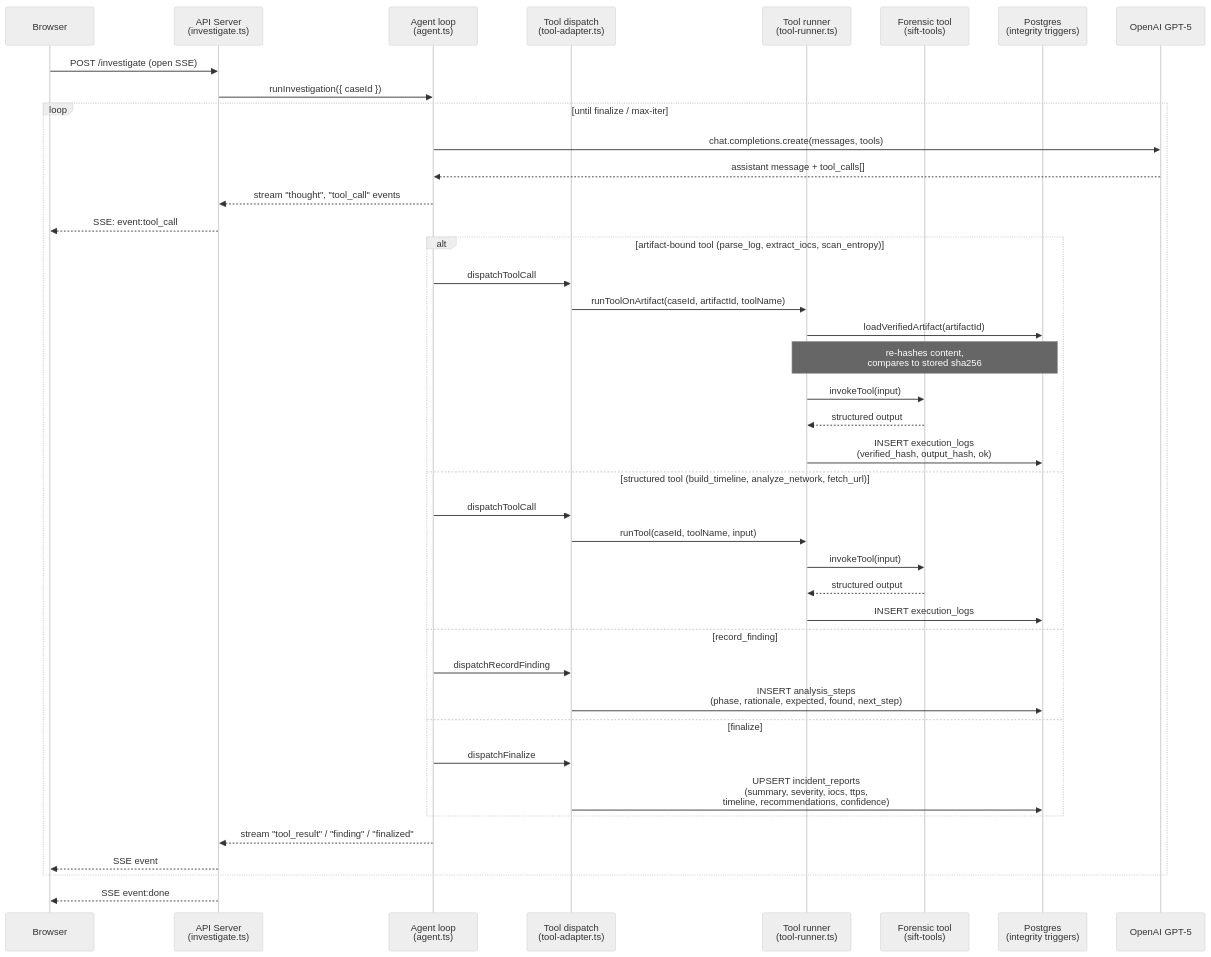
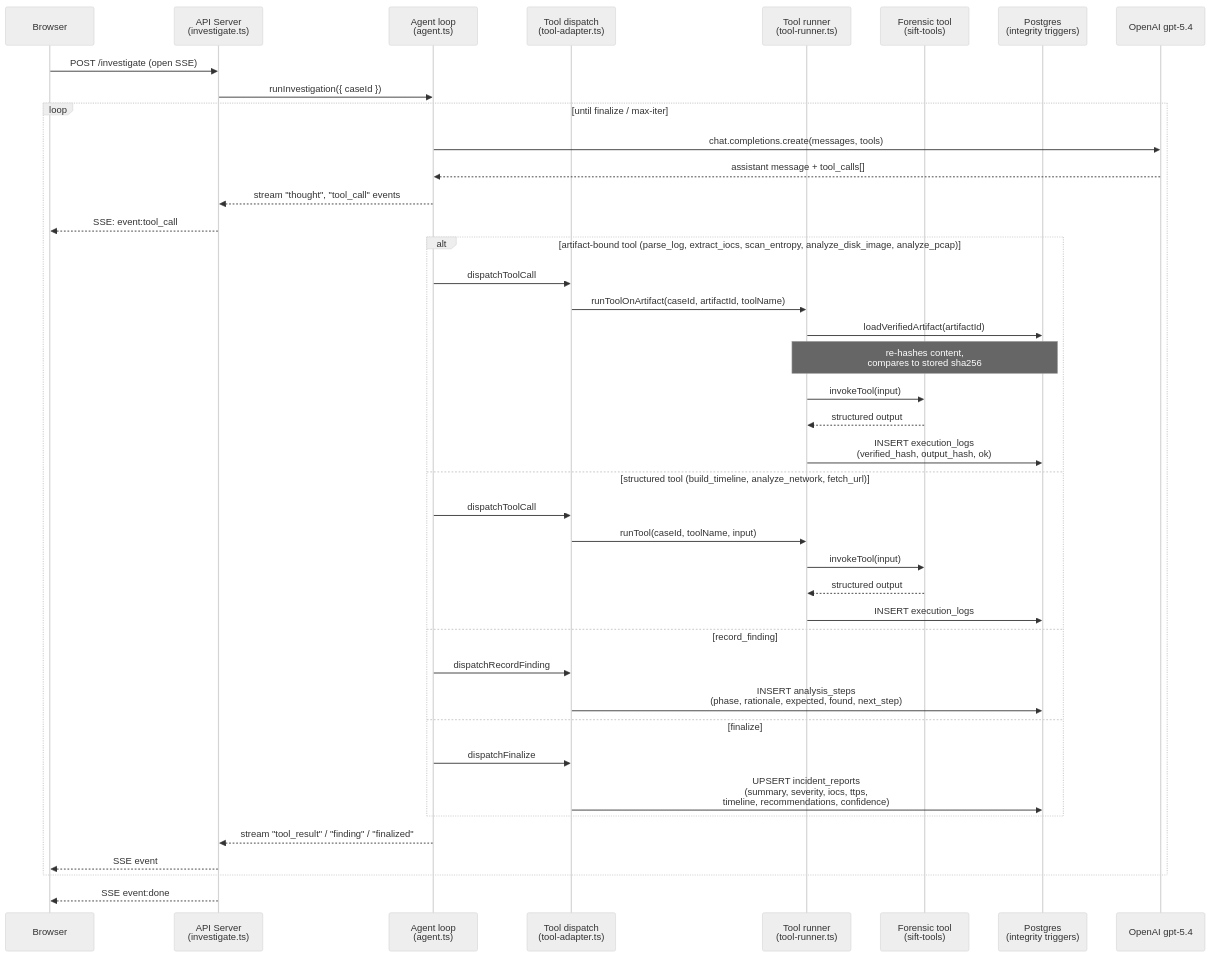
One commit to jalilel1913/Casefile changed the second of 3 diagrams in docs/architecture.md. Above: the diagram before and after it, drawn with Mermaid (neutral theme). The commit also changed other lines of this file and 15 other files, not shown here.

````diff
--- a/docs/architecture.md
+++ b/docs/architecture.md
@@ -47,47 +68,47 @@
 ```mermaid
 sequenceDiagram
     participant U as Browser
     participant A as API Server<br/>(investigate.ts)
     participant G as Agent loop<br/>(agent.ts)
     participant D as Tool dispatch<br/>(tool-adapter.ts)
     participant R as Tool runner<br/>(tool-runner.ts)
     participant T as Forensic tool<br/>(sift-tools)
     participant DB as Postgres<br/>(integrity triggers)
-    participant L as OpenAI GPT-5
+    participant L as OpenAI gpt-5.4
 
     U->>A: POST /investigate (open SSE)
     A->>G: runInvestigation({ caseId })
     loop until finalize / max-iter
         G->>L: chat.completions.create(messages, tools)
         L-->>G: assistant message + tool_calls[]
         G-->>A: stream "thought", "tool_call" events
         A-->>U: SSE: event:tool_call
 
-        alt artifact-bound tool (parse_log, extract_iocs, scan_entropy)
+        alt artifact-bound tool (parse_log, extract_iocs, scan_entropy, analyze_disk_image, analyze_pcap)
             G->>D: dispatchToolCall
             D->>R: runToolOnArtifact(caseId, artifactId, toolName)
             R->>DB: loadVerifiedArtifact(artifactId)
             Note over R,DB: re-hashes content,<br/>compares to stored sha256
             R->>T: invokeTool(input)
             T-->>R: structured output
             R->>DB: INSERT execution_logs<br/>(verified_hash, output_hash, ok)
         else structured tool (build_timeline, analyze_network, fetch_url)
             G->>D: dispatchToolCall
             D->>R: runTool(caseId, toolName, input)
             R->>T: invokeTool(input)
             T-->>R: structured output
             R->>DB: INSERT execution_logs
         else record_finding
             G->>D: dispatchRecordFinding
             D->>DB: INSERT analysis_steps<br/>(phase, rationale, expected, found, next_step)
         else finalize
             G->>D: dispatchFinalize
             D->>DB: UPSERT incident_reports<br/>(summary, severity, iocs, ttps,<br/>timeline, recommendations, confidence)
         end
 
         G-->>A: stream "tool_result" / "finding" / "finalized"
         A-->>U: SSE event
     end
 
     A-->>U: SSE event:done
 ```
````
